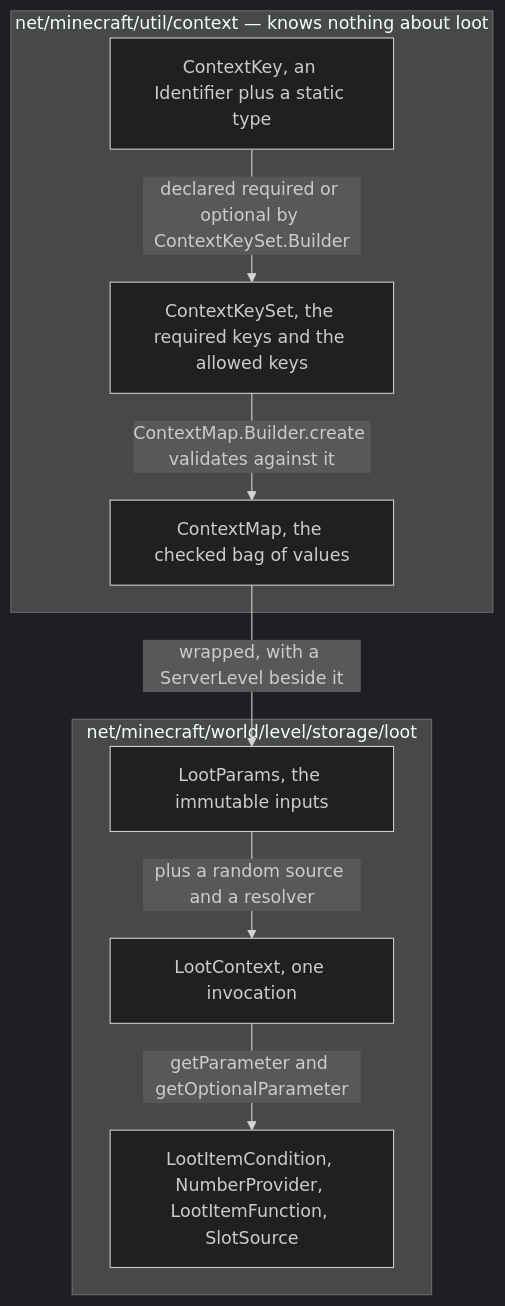
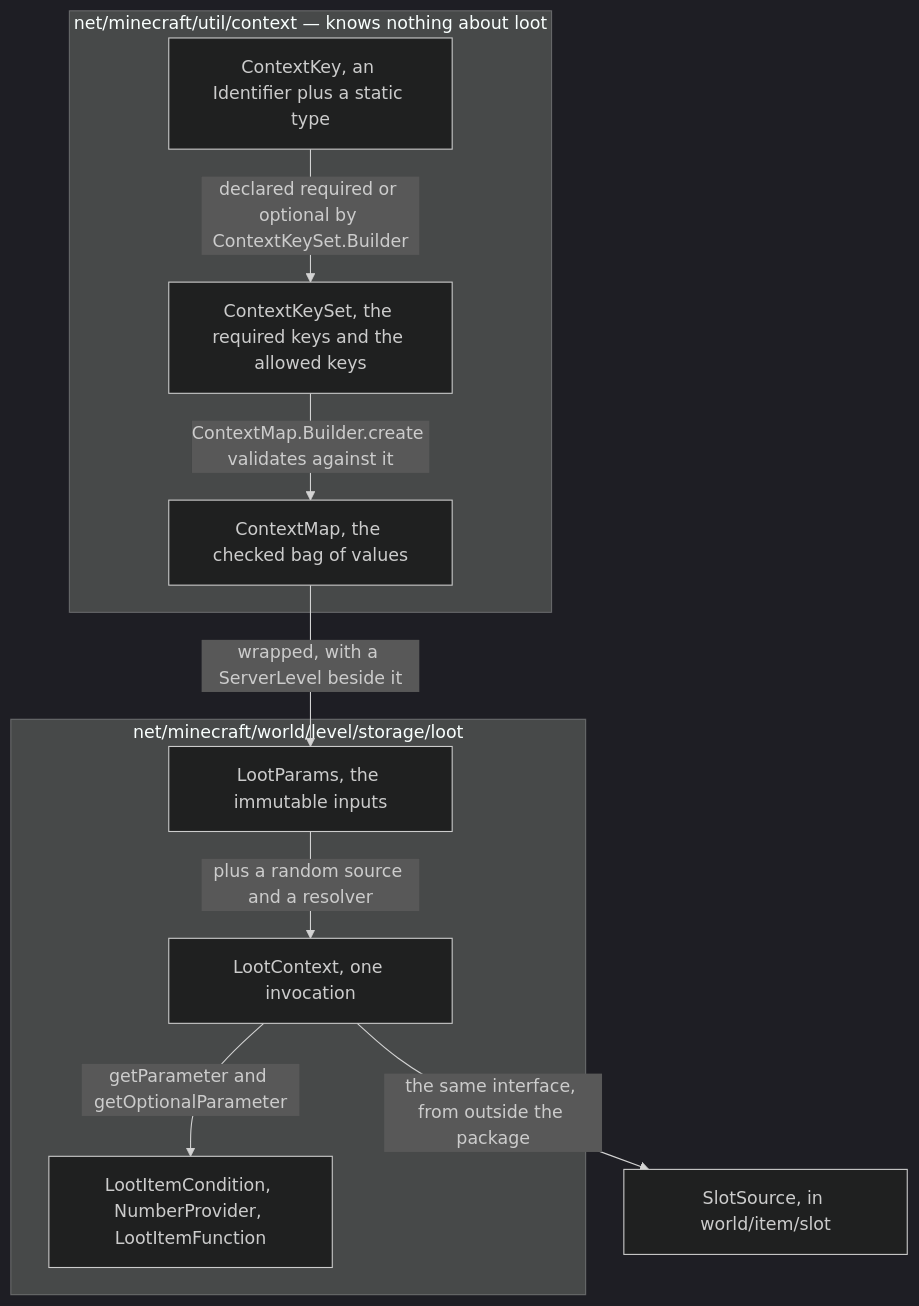
One commit to AlexanderjFraser/MinecraftDocs changed the first of 2 diagrams in src/systems/items/contexts-and-predicates.md. Above: the diagram before and after it, drawn with Mermaid (dark theme). The commit also changed other lines of this file and 13 other files, not shown here.

````diff
--- a/src/systems/items/contexts-and-predicates.md
+++ b/src/systems/items/contexts-and-predicates.md
@@ -20,18 +20,20 @@
 ```mermaid
 flowchart TD
     subgraph U["net/minecraft/util/context — knows nothing about loot"]
         CK["ContextKey, an Identifier plus a static type"]
         CKS["ContextKeySet, the required keys and the allowed keys"]
         CMap["ContextMap, the checked bag of values"]
     end
     subgraph L["net/minecraft/world/level/storage/loot"]
         LPar["LootParams, the immutable inputs"]
         LCtx["LootContext, one invocation"]
-        Users["LootItemCondition, NumberProvider, LootItemFunction, SlotSource"]
+        Users["LootItemCondition, NumberProvider, LootItemFunction"]
     end
+    Slot["SlotSource, in world/item/slot"]
     CK -->|"declared required or optional by ContextKeySet.Builder"| CKS
     CKS -->|"ContextMap.Builder.create validates against it"| CMap
     CMap -->|"wrapped, with a ServerLevel beside it"| LPar
     LPar -->|"plus a random source and a resolver"| LCtx
     LCtx -->|"getParameter and getOptionalParameter"| Users
+    LCtx -->|"the same interface, from outside the package"| Slot
 ```
````
